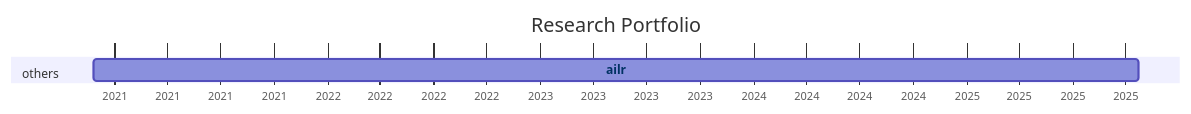
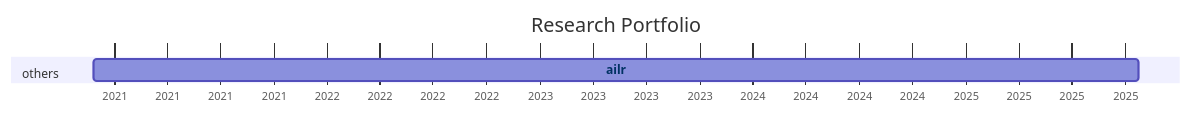
Before and after one commit to digital-work-lab/handbook: the diagram in docs/20-research/25-projects-gantt.md, drawn with Mermaid. The commit also changed 2 other files, not shown here.

Commit message:
Update repository overview

````diff
--- a/docs/20-research/25-projects-gantt.md
+++ b/docs/20-research/25-projects-gantt.md
@@ -8,21 +8,21 @@
 ```mermaid
 ---
 displayMode: compact
 ---
 gantt
 title Research Portfolio
 dateFormat YYYY-MM-DD
 axisFormat %Y
 
     section work_practices
 
     section distributed_organizing
 
     section knowledge_synthesis
 
     section others
-        ailr :ailr, 2020-11-26, 2025-10-23
+        ailr :ailr, 2020-11-26, 2025-10-24
 
 
     click ailr href "{{ site.baseurl }}/docs/10-lab/18-resources/ailr.html"
 ```
````
